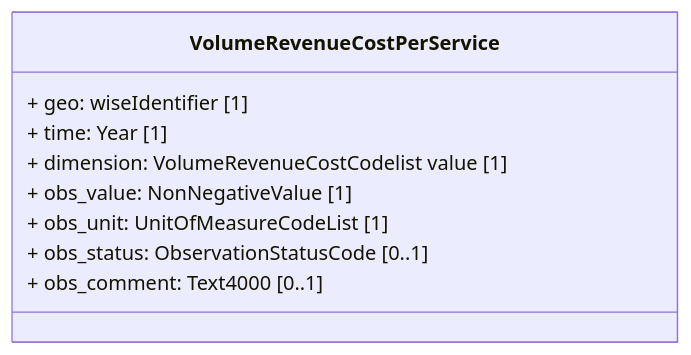
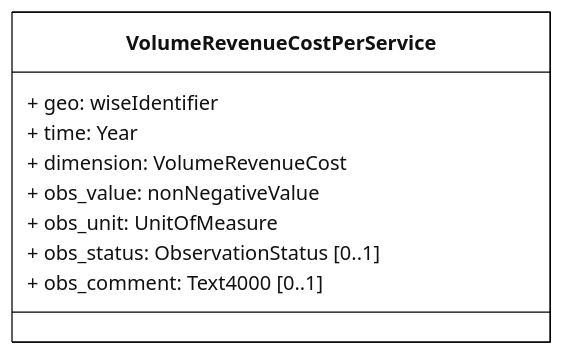
The diagram in docs/DataModelReview/mmd/EconomicAnalysis_Volume.mmd (eeadata/WISE.WFD.Documentation), drawn with Mermaid before and after one commit. The commit also changed 11 other files, not shown here.

```diff
--- a/docs/DataModelReview/mmd/EconomicAnalysis_Volume.mmd
+++ b/docs/DataModelReview/mmd/EconomicAnalysis_Volume.mmd
@@ -1,12 +1,22 @@
+---
+config:
+  class:
+    hideEmptyMembersBox: true
+  layout: dagre
+  theme: neutral
+---
 classDiagram
     direction TB
 
     class VolumeRevenueCostPerService {
-        + geo: wiseIdentifier [1]
-        + time: Year [1]
-        + dimension: VolumeRevenueCostCodelist value [1]
-        + obs_value: NonNegativeValue [1]
-        + obs_unit: UnitOfMeasureCodeList [1]
-        + obs_status: ObservationStatusCode [0..1]
+        + geo: wiseIdentifier 
+        + time: Year 
+        + dimension: VolumeRevenueCost 
+        + obs_value: nonNegativeValue
+        + obs_unit: UnitOfMeasure 
+        + obs_status: ObservationStatus [0..1]
         + obs_comment: Text4000 [0..1]
     }
+
+classDef default fill:white,stroke:#000;
+classDef forFixing fill:white,stroke:#f00;
```
